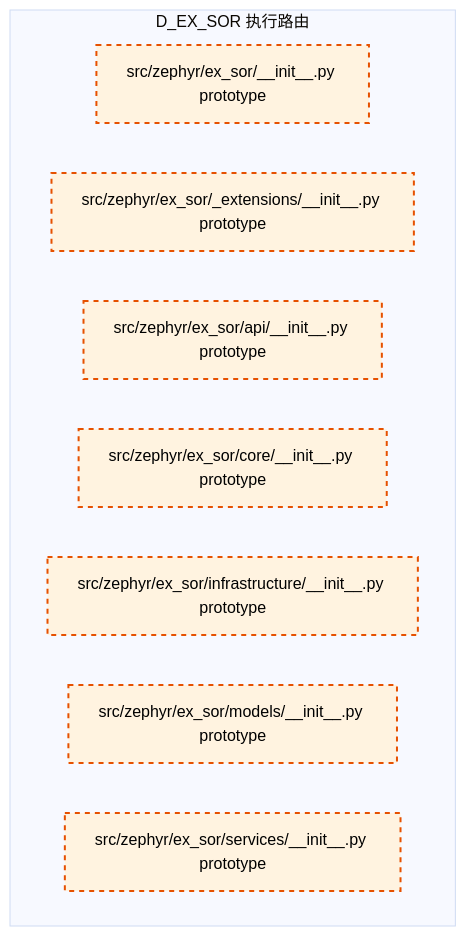
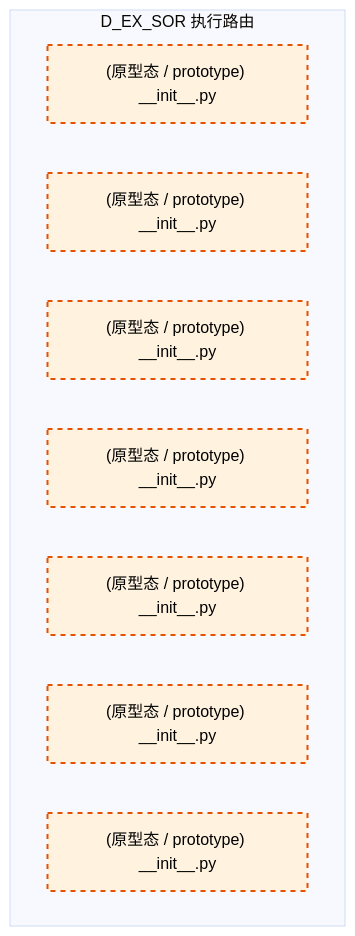
One commit to xuanFelixVan/ZephyrAlpha changed the diagram in docs/02_enterprise_architecture/02_domain_architecture_docs/28_d_ex_sor.md. Above: the diagram before and after it, drawn with Mermaid (base theme). The commit also changed other lines of this file and 100 other files, not shown here.

````diff
--- a/docs/02_enterprise_architecture/02_domain_architecture_docs/28_d_ex_sor.md
+++ b/docs/02_enterprise_architecture/02_domain_architecture_docs/28_d_ex_sor.md
@@ -47,17 +49,17 @@
 ```mermaid
 graph TD
     subgraph D_EX_SOR["D_EX_SOR 执行路由"]
-        src_zephyr_ex_sor_init_py["src/zephyr/ex_sor/__init__.py prototype"]
-        src_zephyr_ex_sor_extensions_init_py["src/zephyr/ex_sor/_extensions/__init__.py prototype"]
-        src_zephyr_ex_sor_api_init_py["src/zephyr/ex_sor/api/__init__.py prototype"]
-        src_zephyr_ex_sor_core_init_py["src/zephyr/ex_sor/core/__init__.py prototype"]
-        src_zephyr_ex_sor_infrastructure_init_py["src/zephyr/ex_sor/infrastructure/__init__.py prototype"]
-        src_zephyr_ex_sor_models_init_py["src/zephyr/ex_sor/models/__init__.py prototype"]
-        src_zephyr_ex_sor_services_init_py["src/zephyr/ex_sor/services/__init__.py prototype"]
+        src_zephyr_ex_sor_init_py["(原型态 / prototype) __init__.py"]
+        src_zephyr_ex_sor_extensions_init_py["(原型态 / prototype) __init__.py"]
+        src_zephyr_ex_sor_api_init_py["(原型态 / prototype) __init__.py"]
+        src_zephyr_ex_sor_core_init_py["(原型态 / prototype) __init__.py"]
+        src_zephyr_ex_sor_infrastructure_init_py["(原型态 / prototype) __init__.py"]
+        src_zephyr_ex_sor_models_init_py["(原型态 / prototype) __init__.py"]
+        src_zephyr_ex_sor_services_init_py["(原型态 / prototype) __init__.py"]
     end
     classDef production fill:#e1f5fe,stroke:#01579b,stroke-width:2px,color:#000
     classDef design fill:#fff3e0,stroke:#e65100,stroke-width:2px,color:#000,stroke-dasharray: 5 5
     classDef external_prod fill:#e8f5e9,stroke:#1b5e20,stroke-width:1px,color:#000
     classDef external_design fill:#fce4ec,stroke:#880e4f,stroke-width:1px,color:#000,stroke-dasharray: 5 5
     class src_zephyr_ex_sor_init_py,src_zephyr_ex_sor_extensions_init_py,src_zephyr_ex_sor_api_init_py,src_zephyr_ex_sor_core_init_py,src_zephyr_ex_sor_infrastructure_init_py,src_zephyr_ex_sor_models_init_py,src_zephyr_ex_sor_services_init_py design
 ```
````
